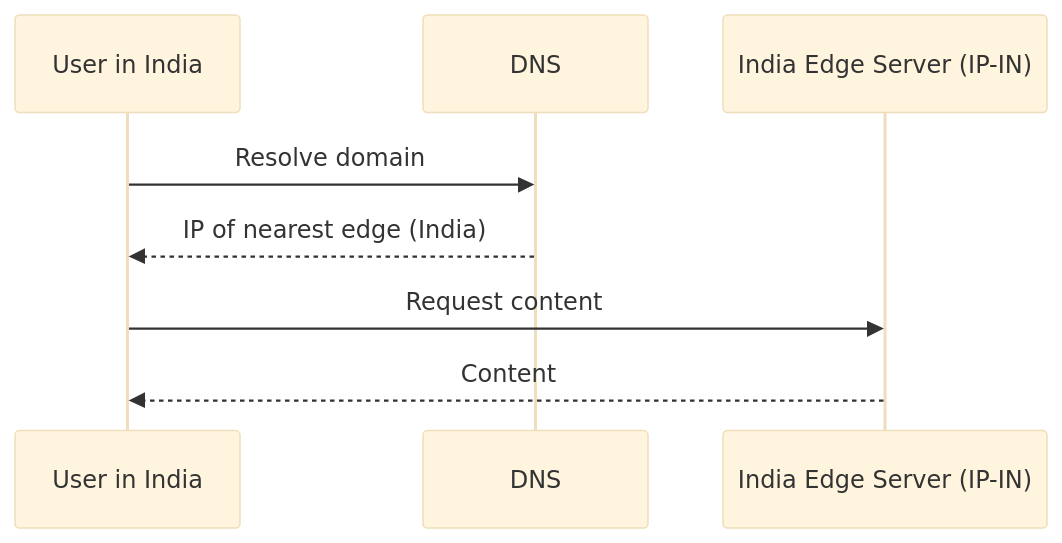
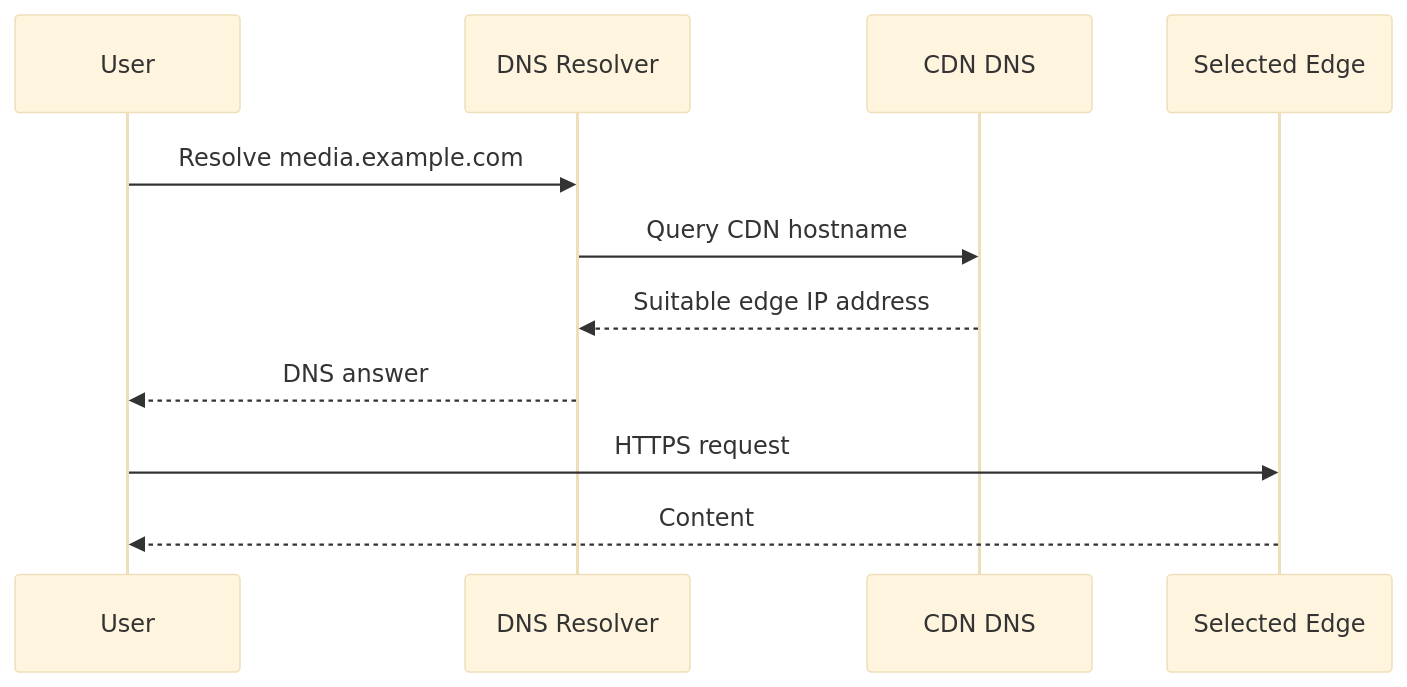
The ninth of 12 diagrams in 10_CDN/README.md (HARRISAMIN432/system-design-hld), drawn with Mermaid (base theme) before and after one commit. The commit also changed other lines of this file and 11 other files, not shown here.

````diff
--- a/10_CDN/README.md
+++ b/10_CDN/README.md
@@ -179,11 +594,14 @@
 ```mermaid
 sequenceDiagram
-    participant U as User in India
-    participant D as DNS
-    participant E as India Edge Server (IP-IN)
+    participant U as User
+    participant D as DNS Resolver
+    participant C as CDN DNS
+    participant E as Selected Edge
 
-    U->>D: Resolve domain
-    D-->>U: IP of nearest edge (India)
-    U->>E: Request content
+    U->>D: Resolve media.example.com
+    D->>C: Query CDN hostname
+    C-->>D: Suitable edge IP address
+    D-->>U: DNS answer
+    U->>E: HTTPS request
     E-->>U: Content
 ```
````
